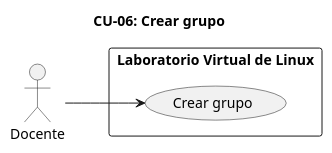
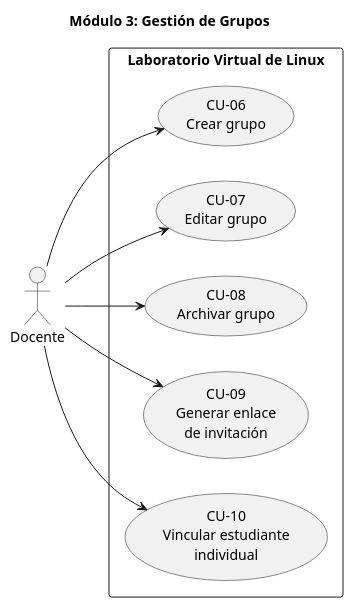
One commit to LinuxLab-UFPS/LinuxLab changed the eighth of 35 diagrams in docs/annexes/cu-especificacion.md. Above: the diagram before and after it, drawn with PlantUML. The commit also changed other lines of this file and 1 other file, not shown here.

Commit message:
feat: add detailed use case specifications and diagrams for modules 1 to 8

````diff
--- a/docs/annexes/cu-especificacion.md
+++ b/docs/annexes/cu-especificacion.md
@@ -560,16 +508,24 @@
 ```plantuml
 @startuml
 left to right direction
 
-title CU-06: Crear grupo
+title Módulo 3: Gestión de Grupos
 
 rectangle "Laboratorio Virtual de Linux" {
-  usecase "Crear grupo" as UC06
+  usecase "CU-06\nCrear grupo" as M3UC06
+  usecase "CU-07\nEditar grupo" as M3UC07
+  usecase "CU-08\nArchivar grupo" as M3UC08
+  usecase "CU-09\nGenerar enlace\nde invitación" as M3UC09
+  usecase "CU-10\nVincular estudiante\nindividual" as M3UC10
 }
 
 actor "Docente" as Doc
 
-Doc --> UC06
+Doc --> M3UC06
+Doc --> M3UC07
+Doc --> M3UC08
+Doc --> M3UC09
+Doc --> M3UC10
 
 @enduml
 ```
````
